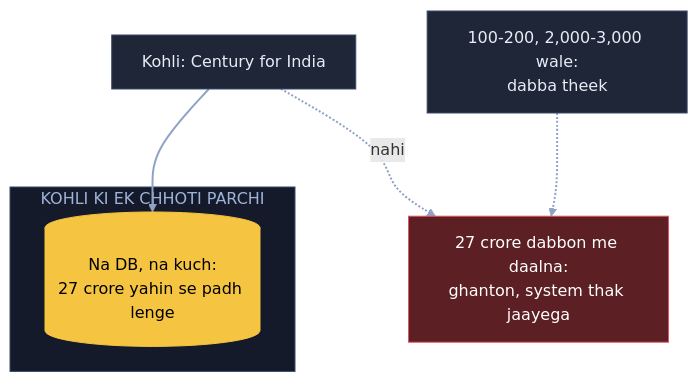
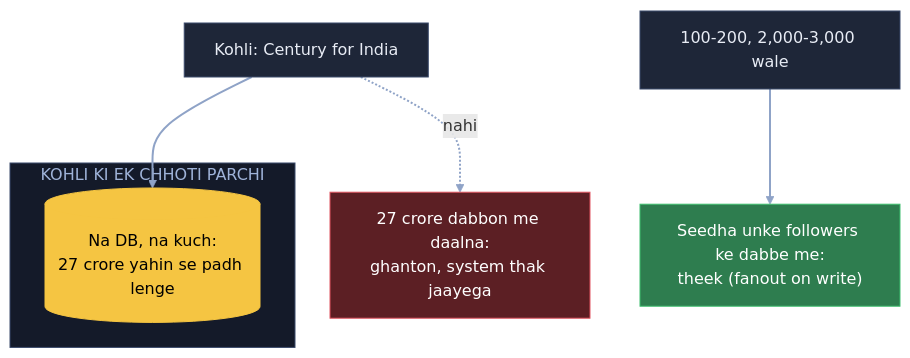
Before and after one commit to ArpanMaheshwari144/Prep: the second of 18 diagrams in 04_HLD/SYSTEM_DESIGNS/03_twitter_feed/03_twitter_feed.md, drawn with Mermaid. The commit also changed other lines of this file and 3 other files, not shown here.

Commit message:
HLD audit 01-05: Twitter kadam 2/4 diagram teer, Notification aakhri diagram (Notification Service + OTP login/payment se), Stock kadam 9 NSE bheed wali line

````diff
--- a/04_HLD/SYSTEM_DESIGNS/03_twitter_feed/03_twitter_feed.md
+++ b/04_HLD/SYSTEM_DESIGNS/03_twitter_feed/03_twitter_feed.md
@@ -73,18 +73,19 @@
 ```mermaid
 flowchart TB
     K["Kohli: Century for India"]:::card
     X["27 crore dabbon me daalna:<br/>ghanton, system thak jaayega"]:::bad
     subgraph CP["KOHLI KI EK CHHOTI PARCHI"]
         P[("Na DB, na kuch:<br/>27 crore yahin se padh lenge")]:::pill
     end
-    N["100-200, 2,000-3,000 wale:<br/>dabba theek"]:::card
+    N["100-200, 2,000-3,000 wale"]:::card
+    D["Seedha unke followers ke dabbe me:<br/>theek (fanout on write)"]:::good
     K -. "nahi" .-> X
     K --> P
-    N -.-> X
+    N --> D
     linkStyle default stroke:#8fa3c7,stroke-width:2px
     classDef card fill:#1e2638,stroke:#3a4a6b,color:#e8ecf5
     classDef pill fill:#f5c542,stroke:#f5c542,color:#000
     classDef good fill:#2e7d4f,stroke:#3fbf6f,color:#fff
     classDef bad fill:#5c1f24,stroke:#e05561,color:#fff
     style CP fill:#141a29,stroke:#3a4a6b,color:#9fb3d9
 ```
````
